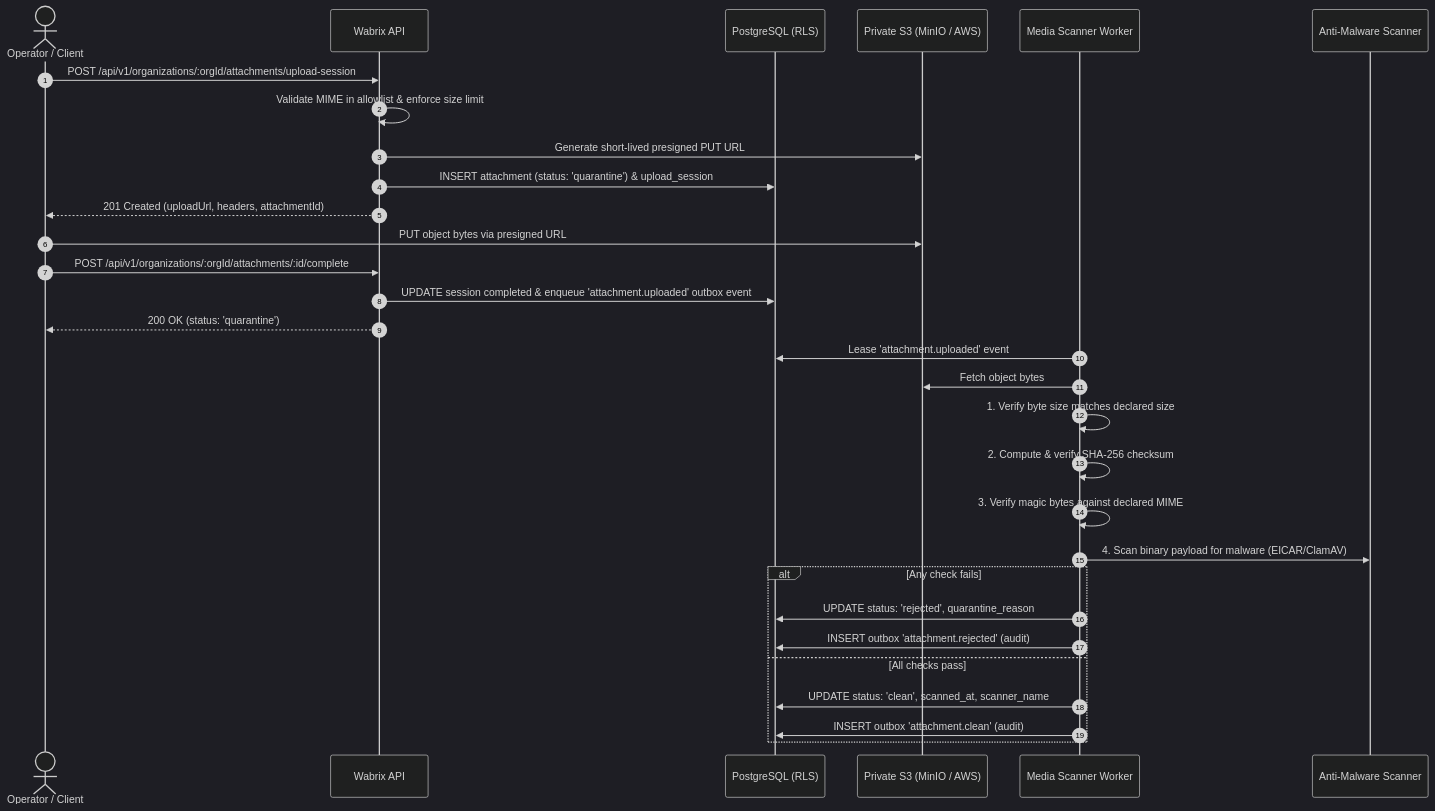
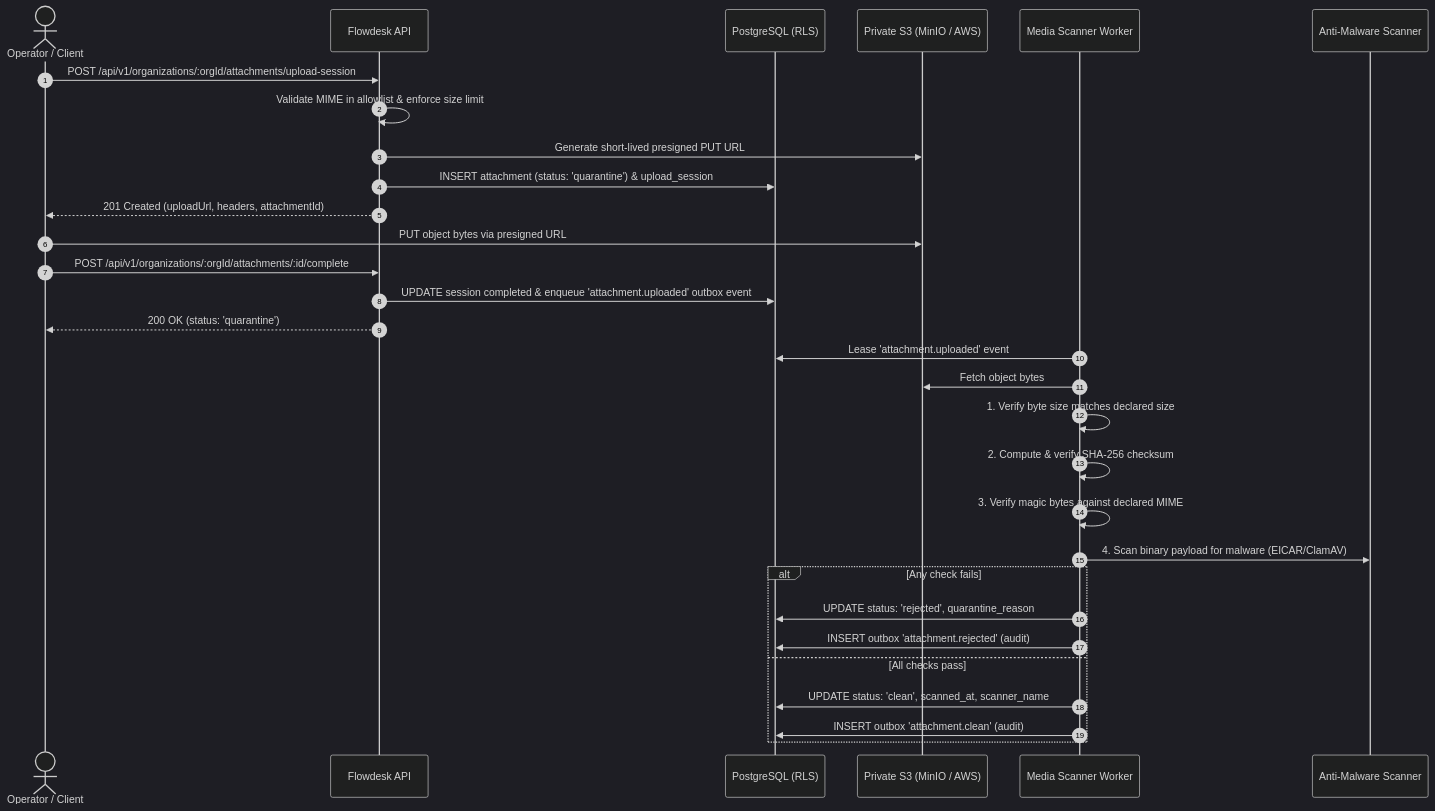
One commit to ryanakml/flowdesk-ai changed the diagram in docs/data/M3_MEDIA_QUARANTINE.md. Above: the diagram before and after it, drawn with Mermaid (dark theme). The commit also changed other lines of this file and 355 other files, not shown here.

First line of the commit message:
chore(rebrand): restore FlowDesk packages, schemas, deployment manifests, and documentation (#269)

````diff
--- a/docs/data/M3_MEDIA_QUARANTINE.md
+++ b/docs/data/M3_MEDIA_QUARANTINE.md
@@ -9,35 +9,35 @@
 ```mermaid
 sequenceDiagram
     autonumber
     actor Operator as Operator / Client
-    participant API as Wabrix API
+    participant API as Flowdesk API
     participant DB as PostgreSQL (RLS)
     participant Storage as Private S3 (MinIO / AWS)
     participant Worker as Media Scanner Worker
     participant Scanner as Anti-Malware Scanner
 
     Operator->>API: POST /api/v1/organizations/:orgId/attachments/upload-session
     API->>API: Validate MIME in allowlist & enforce size limit
     API->>Storage: Generate short-lived presigned PUT URL
     API->>DB: INSERT attachment (status: 'quarantine') & upload_session
     API-->>Operator: 201 Created (uploadUrl, headers, attachmentId)
 
     Operator->>Storage: PUT object bytes via presigned URL
     Operator->>API: POST /api/v1/organizations/:orgId/attachments/:id/complete
     API->>DB: UPDATE session completed & enqueue 'attachment.uploaded' outbox event
     API-->>Operator: 200 OK (status: 'quarantine')
 
     Worker->>DB: Lease 'attachment.uploaded' event
     Worker->>Storage: Fetch object bytes
     Worker->>Worker: 1. Verify byte size matches declared size
     Worker->>Worker: 2. Compute & verify SHA-256 checksum
     Worker->>Worker: 3. Verify magic bytes against declared MIME
     Worker->>Scanner: 4. Scan binary payload for malware (EICAR/ClamAV)
     alt Any check fails
         Worker->>DB: UPDATE status: 'rejected', quarantine_reason
         Worker->>DB: INSERT outbox 'attachment.rejected' (audit)
     else All checks pass
         Worker->>DB: UPDATE status: 'clean', scanned_at, scanner_name
         Worker->>DB: INSERT outbox 'attachment.clean' (audit)
     end
 ```
````
